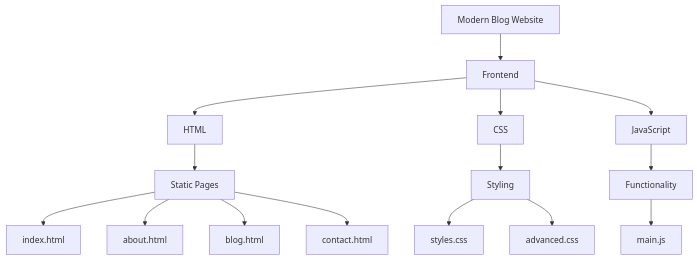
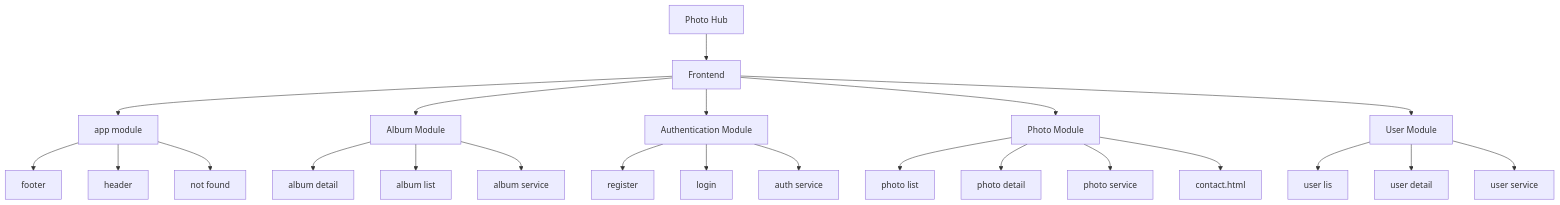
One commit to kashingi/PLP-Capstone changed the first of 6 diagrams in README.md. Above: the diagram before and after it, drawn with Mermaid.

Commit message:
Changes added.

````diff
--- a/README.md
+++ b/README.md
@@ -7,17 +7,25 @@
 ```mermaid
 graph TD
-    A[Modern Blog Website] --> B[Frontend]
-    B --> C[HTML]
-    B --> D[CSS]
-    B --> E[JavaScript]
-    C --> F[Static Pages]
-    D --> G[Styling]
-    E --> H[Functionality]
-    F --> I[index.html]
-    F --> J[about.html]
-    F --> K[blog.html]
-    F --> L[contact.html]
-    G --> M[styles.css]
-    G --> N[advanced.css]
-    H --> O[main.js]
+    A[Photo Hub] --> B[Frontend]
+    B --> C[app module]
+    B --> D[Album Module]
+    B --> E[Authentication Module]
+    B --> F[Photo Module]
+    B --> G[User Module]
+    C --> H[footer]
+    C --> I[header]
+    C --> J[not found]
+    D --> K[album detail]
+    D --> L[album list]
+    D --> M[album service]
+    E --> N[register]
+    E --> O[login]
+    E --> P[auth service]
+    F --> Q[photo list]
+    F --> R[photo detail]
+    F --> S[photo service]
+    F --> T[contact.html]
+    G --> U[user lis]
+    G --> V[user detail]
+    G --> W[user service]
 ```
````
